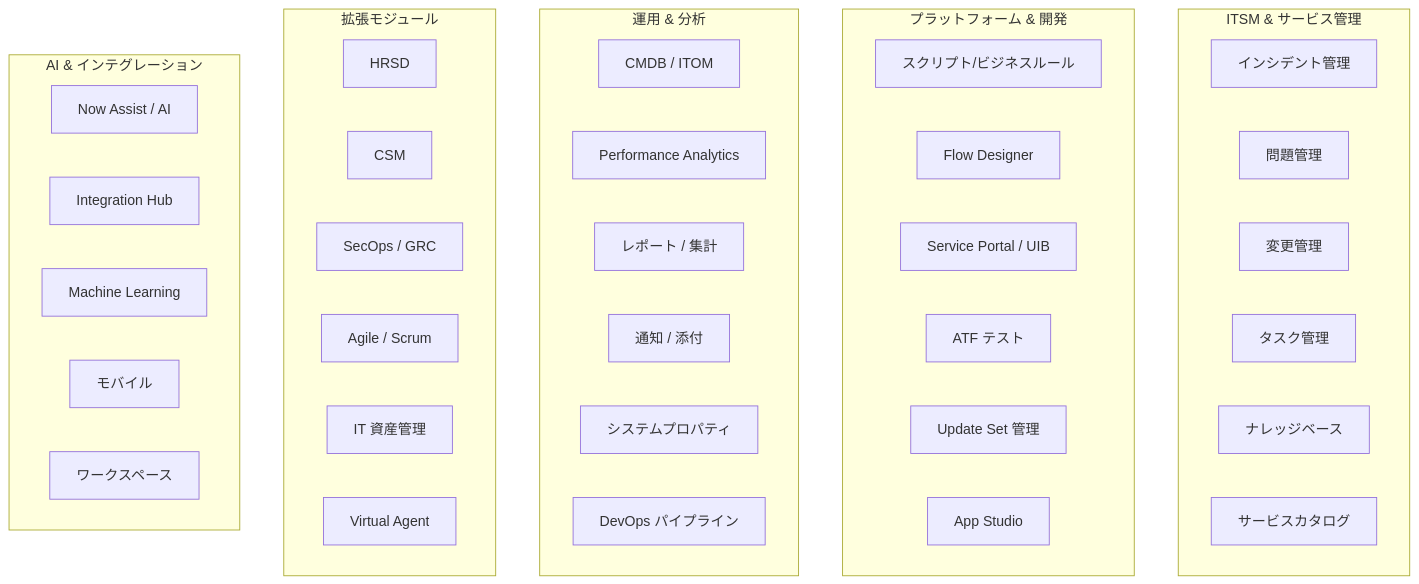
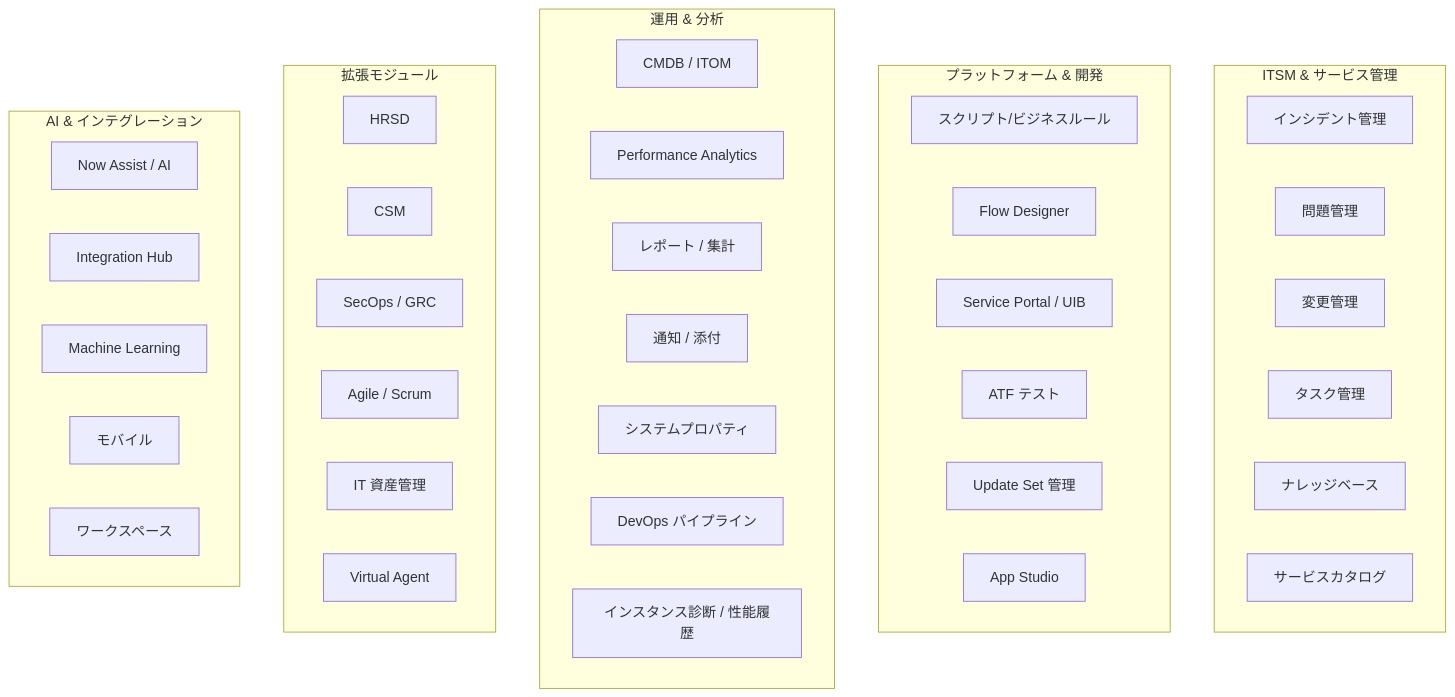
One commit to tedorigawa001/ServiceNow-MCP changed the tenth of 10 diagrams in README.md. Above: the diagram before and after it, drawn with Mermaid.

Commit message:
docs: README の運用&分析カテゴリにインスタンス診断/性能履歴を追加

````diff
--- a/README.md
+++ b/README.md
@@ -699,46 +699,47 @@
 ```mermaid
 graph TB
     subgraph ITSM["ITSM & サービス管理"]
         I1[インシデント管理]
         I2[問題管理]
         I3[変更管理]
         I4[タスク管理]
         I5[ナレッジベース]
         I6[サービスカタログ]
     end
 
     subgraph PLATFORM["プラットフォーム & 開発"]
         P1[スクリプト/ビジネスルール]
         P2[Flow Designer]
         P3[Service Portal / UIB]
         P4[ATF テスト]
         P5[Update Set 管理]
         P6[App Studio]
     end
 
     subgraph OPS["運用 & 分析"]
         O1[CMDB / ITOM]
         O2[Performance Analytics]
         O3[レポート / 集計]
         O4[通知 / 添付]
         O5[システムプロパティ]
         O6[DevOps パイプライン]
+        O7[インスタンス診断 / 性能履歴]
     end
 
     subgraph EXTENDED["拡張モジュール"]
         E1[HRSD]
         E2[CSM]
         E3[SecOps / GRC]
         E4[Agile / Scrum]
         E5[IT 資産管理]
         E6[Virtual Agent]
     end
 
     subgraph AI["AI & インテグレーション"]
         A1[Now Assist / AI]
         A2[Integration Hub]
         A3[Machine Learning]
         A4[モバイル]
         A5[ワークスペース]
     end
 ```
````
